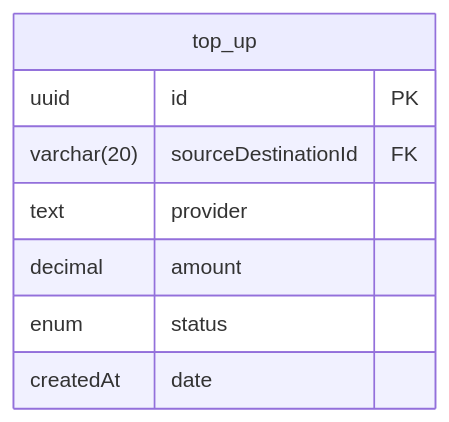
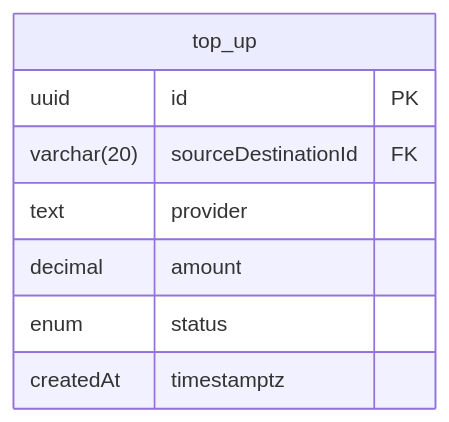
One commit to coinhub-uit/coinhub-uit.github.io changed the first of 2 diagrams in docs/diagrams/database/top-up.md. Above: the diagram before and after it, drawn with Mermaid. The commit also changed 1 other file, not shown here.

Commit message:
fix(top-up): correct type of props in top-up

````diff
--- a/docs/diagrams/database/top-up.md
+++ b/docs/diagrams/database/top-up.md
@@ -22,11 +22,11 @@
 ```mermaid
 erDiagram
   top_up {
     uuid id PK
     varchar(20) sourceDestinationId FK
     text provider
     decimal amount
     enum status
-    createdAt date
+    createdAt timestamptz
   }
 ```
````
